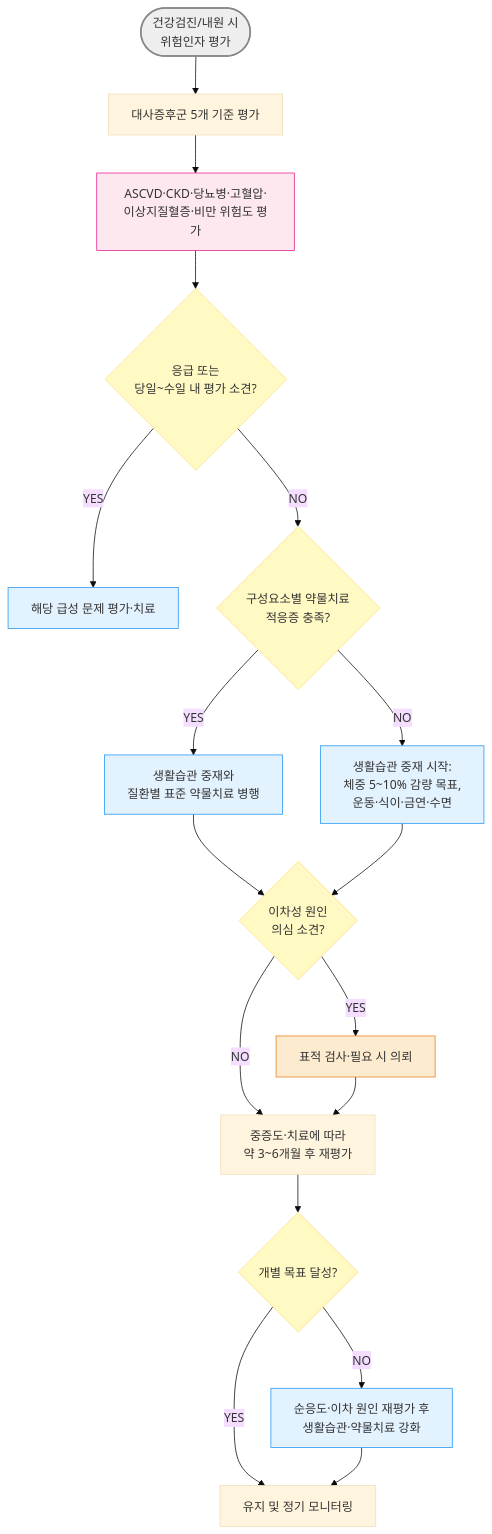
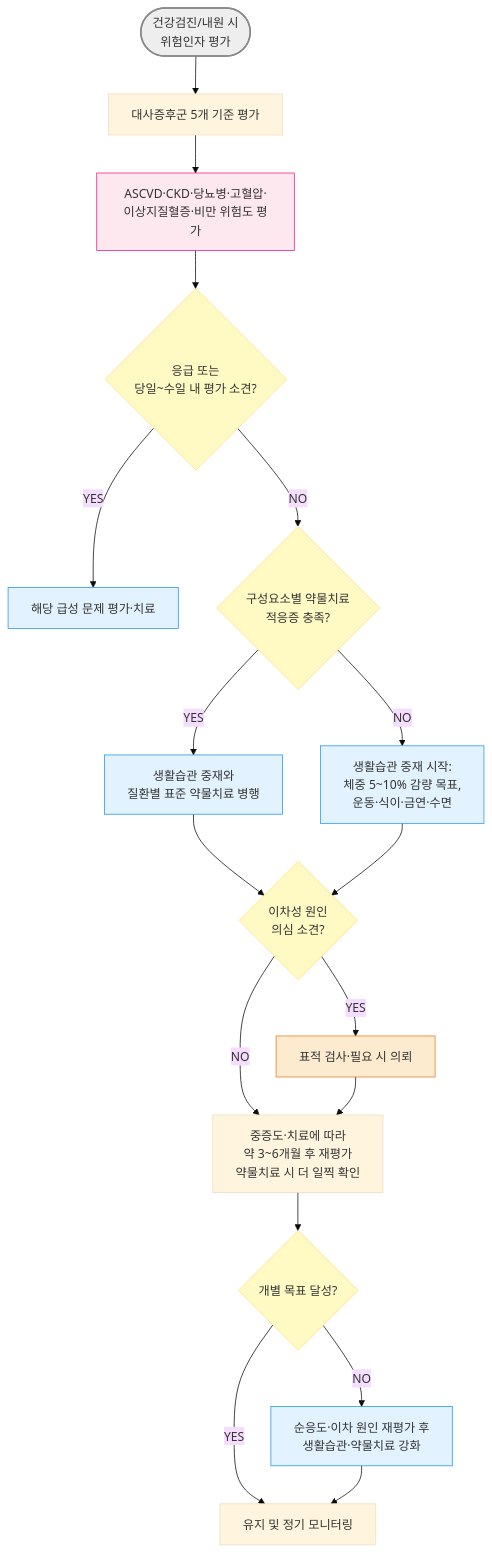
One commit to familyoh77/familyoh77 changed the diagram in 226_/104_-metabolic-syndrome.md. Above: the diagram before and after it, drawn with Mermaid (base theme). The commit also changed other lines of this file and 8 other files, not shown here.

````diff
--- a/226_/104_-metabolic-syndrome.md
+++ b/226_/104_-metabolic-syndrome.md
@@ -110,26 +114,26 @@
 ```mermaid
 graph TD
     Start(["건강검진/내원 시 <br/>위험인자 평가"]) --> Criteria["대사증후군 5개 기준 평가"]
     Criteria --> Risk["ASCVD·CKD·당뇨병·고혈압·<br/>이상지질혈증·비만 위험도 평가"]
     Risk --> Severity{"응급 또는 <br/>당일~수일 내 평가 소견?"}
     Severity -- "YES" --> Urgent["해당 급성 문제 평가·치료"]
     Severity -- "NO" --> Indication{"구성요소별 약물치료 <br/>적응증 충족?"}
     Indication -- "YES" --> Combined["생활습관 중재와 <br/>질환별 표준 약물치료 병행"]
     Indication -- "NO" --> Lifestyle["생활습관 중재 시작:<br/>체중 5~10% 감량 목표,<br/>운동·식이·금연·수면"]
     Combined --> Secondary{"이차성 원인 <br/>의심 소견?"}
     Lifestyle --> Secondary
     Secondary -- "YES" --> Workup["표적 검사·필요 시 의뢰"]
-    Secondary -- "NO" --> Reassess["중증도·치료에 따라 <br/>약 3~6개월 후 재평가"]
+    Secondary -- "NO" --> Reassess["중증도·치료에 따라 <br/>약 3~6개월 후 재평가<br/>약물치료 시 더 일찍 확인"]
     Workup --> Reassess
     Reassess --> Goal{"개별 목표 달성?"}
     Goal -- "YES" --> Maintain["유지 및 정기 모니터링"]
     Goal -- "NO" --> Intensify["순응도·이차 원인 재평가 후 <br/>생활습관·약물치료 강화"]
     Intensify --> Maintain
 style Start fill:#eeeeee,stroke:#888888,stroke-width:2px
 classDef yellow fill:#fff9c4,stroke:#ffe082
 class Severity,Indication,Secondary,Goal yellow
 classDef sky fill:#e3f2ff,stroke:#2196f3
 class Urgent,Combined,Lifestyle,Intensify sky
 style Risk fill:#fde8f0,stroke:#e91e8c
 style Workup fill:#fdebd0,stroke:#e67e22
 ```
````
